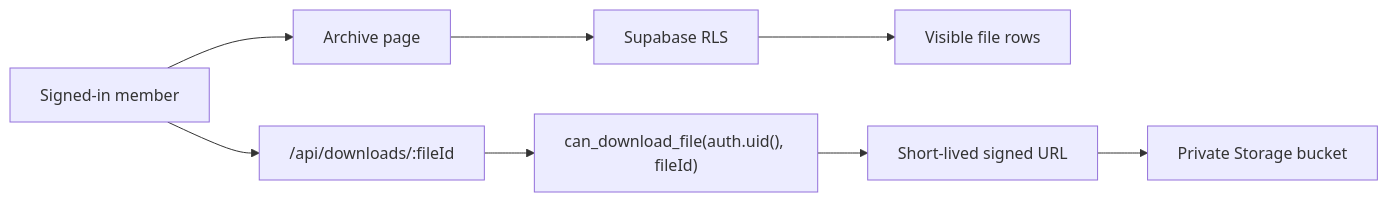
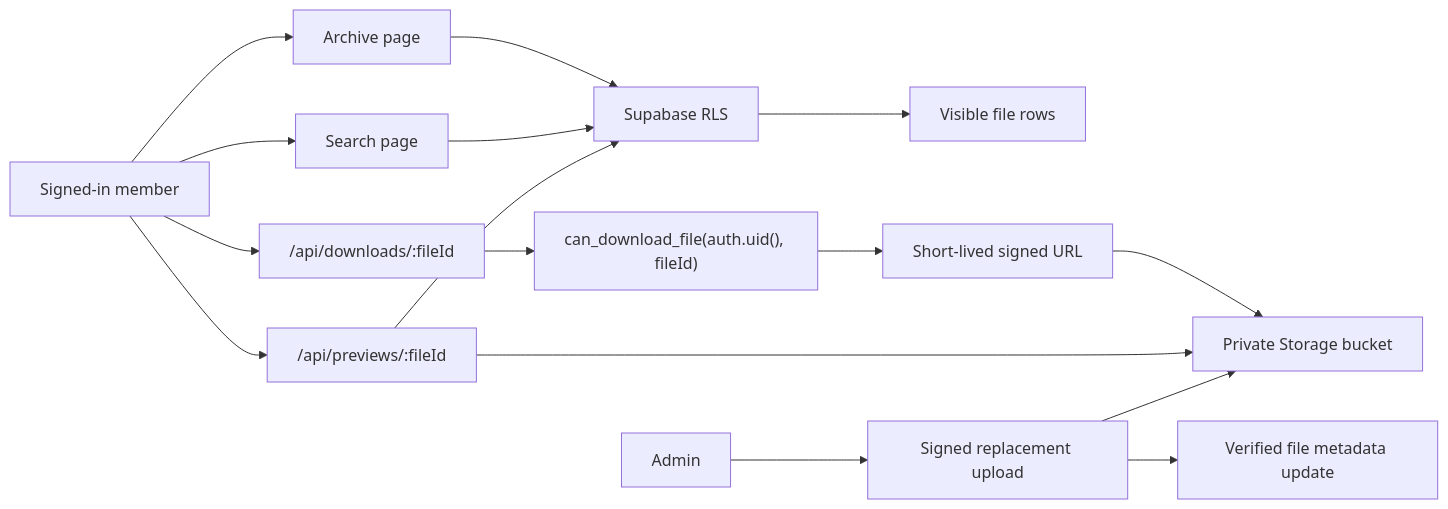
One commit to c-mongan/next-supabase-private-archive changed the diagram in docs/architecture.md. Above: the diagram before and after it, drawn with Mermaid. The commit also changed other lines of this file and 30 other files, not shown here.

````diff
--- a/docs/architecture.md
+++ b/docs/architecture.md
@@ -5,10 +5,18 @@
 ```mermaid
 flowchart LR
   User["Signed-in member"] --> Page["Archive page"]
+  User --> Search["Search page"]
   Page --> RLS["Supabase RLS"]
+  Search --> RLS
   RLS --> Files["Visible file rows"]
   User --> Route["/api/downloads/:fileId"]
   Route --> Check["can_download_file(auth.uid(), fileId)"]
   Check --> SignedUrl["Short-lived signed URL"]
   SignedUrl --> Storage["Private Storage bucket"]
+  User --> Preview["/api/previews/:fileId"]
+  Preview --> RLS
+  Preview --> Storage
+  Admin["Admin"] --> Upload["Signed replacement upload"]
+  Upload --> Storage
+  Upload --> Metadata["Verified file metadata update"]
 ```
````
